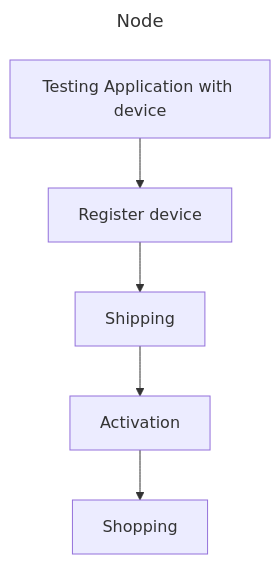
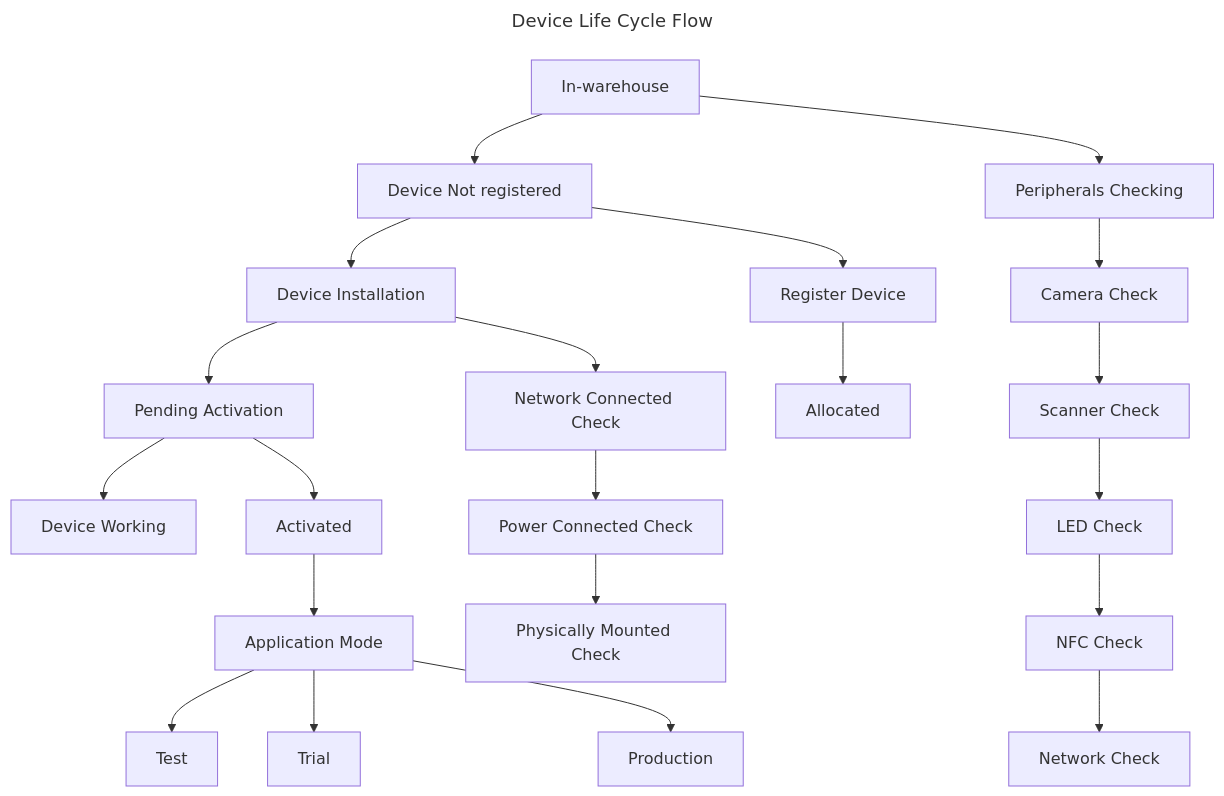
One commit to Ayush750502/PrologicTechnologies2025 changed the diagram in SkipQ/TO-DO 18-May-2026/README.MD. Above: the diagram before and after it, drawn with Mermaid. The commit also changed other lines of this file and 2 other files, not shown here.

Commit message:
Task Update

````diff
--- a/SkipQ/TO-DO 18-May-2026/README.MD
+++ b/SkipQ/TO-DO 18-May-2026/README.MD
@@ -7,14 +7,48 @@
 ```mermaid
 ---
-title: Node
+title: Device Life Cycle Flow
 ---
 flowchart TD
-	A[Testing Application with device]
-	B[Register device]
-	C[Shipping]
-	D[Activation]
-	E[Shopping]
+	A[In-warehouse]
+	A1[Peripherals Checking]
+	A2[Camera Check]
+	A3[Scanner Check]
+	A4[LED Check]
+	A5[NFC Check]
+	A6[Network Check]
+
+	B[Device Not registered]
+	B1[Register Device]
+	B2[Allocated]
+
+	C[Device Installation]
+	C1[Network Connected Check]
+	C2[Power Connected Check]
+	C3[Physically Mounted Check]
+
+	D[Pending Activation]
+	D1[Activated]
+	D2[Application Mode]
+	D21[Test]
+	D22[Trial]
+	D23[Production]
+
+	E[Device Working]
 
 	A --> B --> C --> D --> E
 
+	A --> A1 --> A2 --> A3 --> A4 --> A5 --> A6
+
+	B --> B1 --> B2
+
+	C --> C1 --> C2 --> C3
+
+	D --> D1 --> D2
+
+	D2 --> D21 
+
+	D2 --> D22
+
+	D2 --> D23
+
 ```
````
